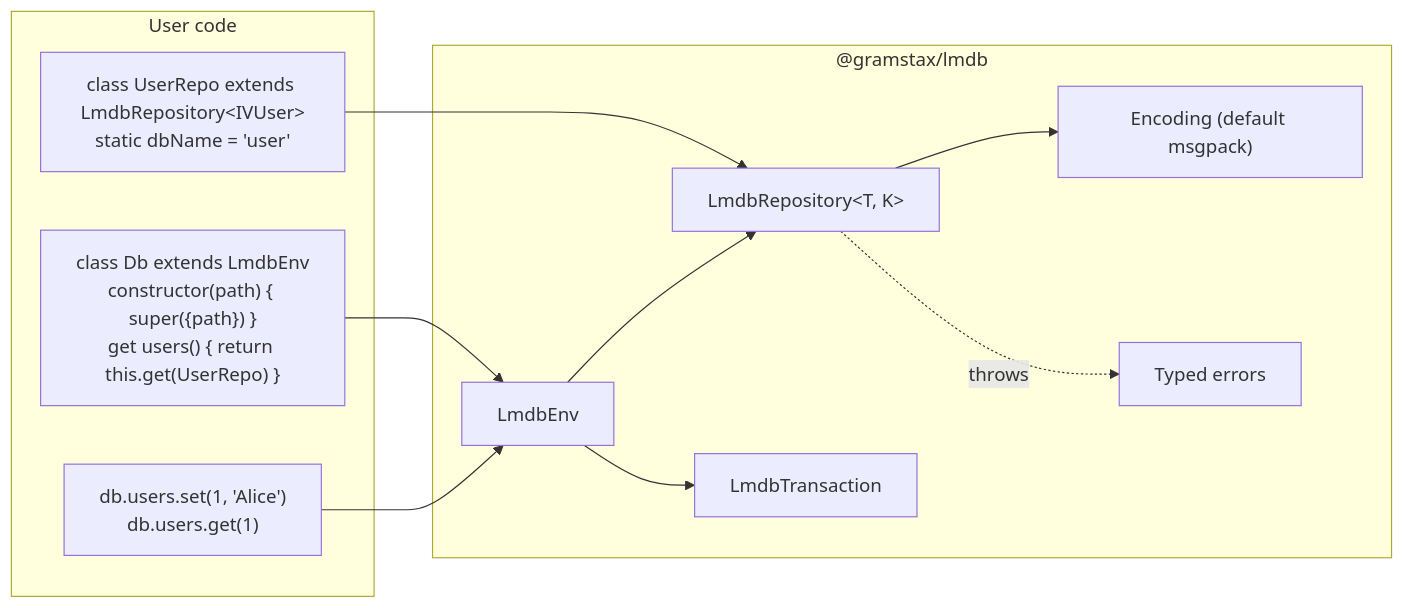
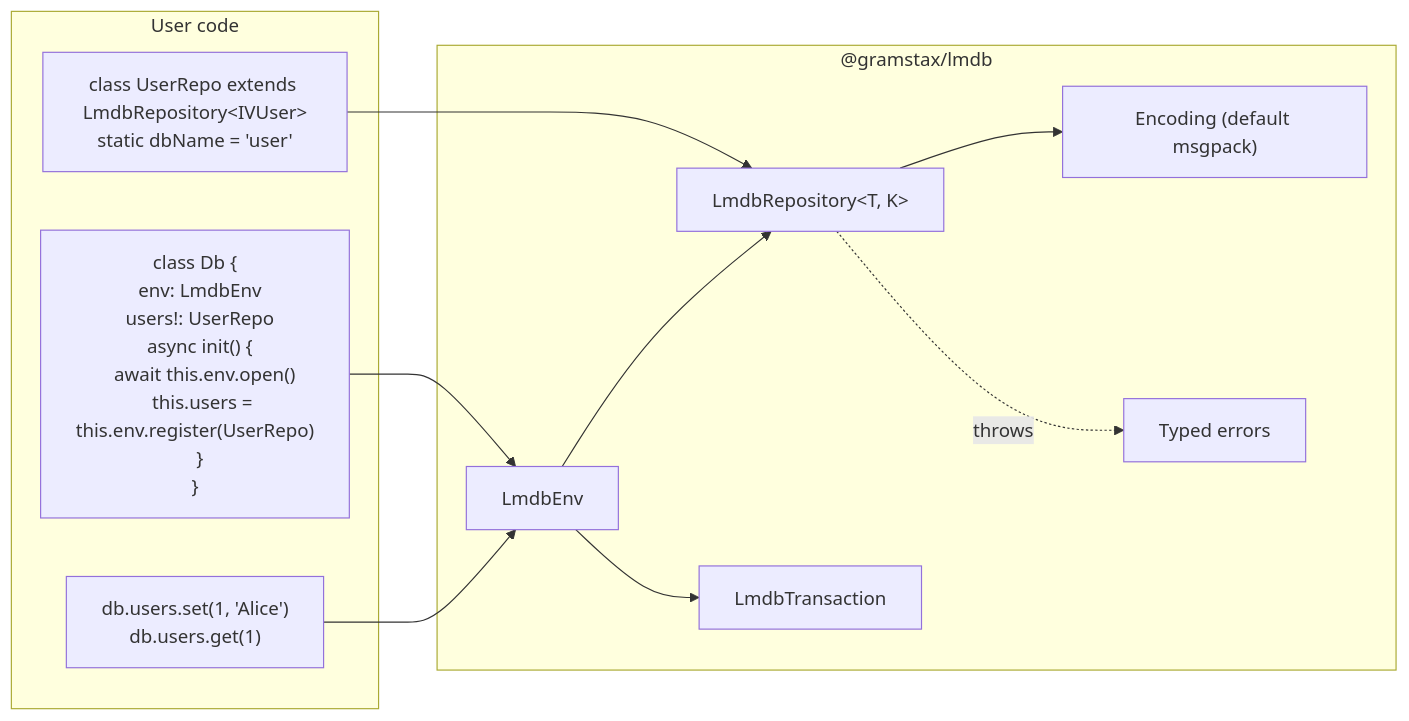
Before and after one commit to gramstax/gramstax: the second of 3 diagrams in packages/lmdb/README.md, drawn with Mermaid. The commit also changed other lines of this file, not shown here.

First line of the commit message:
docs(lmdb): use wrapping + direct repo properties instead of extends + getters

````diff
--- a/packages/lmdb/README.md
+++ b/packages/lmdb/README.md
@@ -141,24 +140,24 @@
 ```mermaid
 flowchart LR
     subgraph User["User code"]
         Define["class UserRepo extends LmdbRepository&lt;IVUser&gt;<br/>static dbName = 'user'"]
-        register["class Db extends LmdbEnv<br/>constructor(path) { super({path}) }<br/>get users() { return this.get(UserRepo) }"]
+        register["class Db {<br/>  env: LmdbEnv<br/>  users!: UserRepo<br/>  async init() {<br/>    await this.env.open()<br/>    this.users = this.env.register(UserRepo)<br/>  }<br/>}"]
         Use["db.users.set(1, 'Alice')<br/>db.users.get(1)"]
     end
 
     subgraph Framework["@gramstax/lmdb"]
         Env["LmdbEnv"]
         Repo["LmdbRepository&lt;T, K&gt;"]
         Tx["LmdbTransaction"]
         Codec["Encoding (default msgpack)"]
         Errors["Typed errors"]
     end
 
     Define --> Repo
     register --> Env
     Use --> Env
     Env --> Repo
     Repo --> Codec
     Env --> Tx
     Repo -.throws.-> Errors
 ```
````
